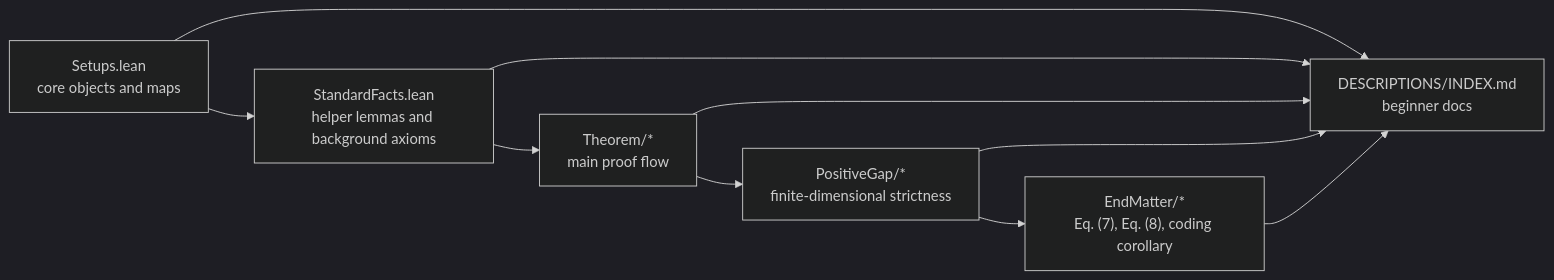
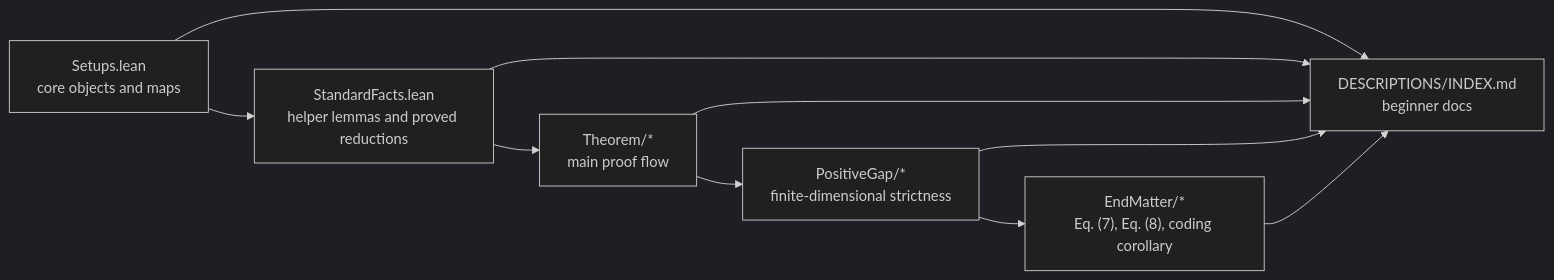
Before and after one commit to Aledo-Jun/diamond: the diagram in README.md, drawn with Mermaid (dark theme). The commit also changed other lines of this file and 112 other files, not shown here.

Commit message:
Update descriptions for proved StandardFacts

````diff
--- a/README.md
+++ b/README.md
@@ -31,22 +31,22 @@
 ```mermaid
 flowchart LR
     accTitle: Diamond repo structure
     accDescr: High-level map of the repository from setup definitions to the main theorem, the positive-gap section, and the end-matter consequences.
 
     setups["Setups.lean<br/>core objects and maps"]
-    facts["StandardFacts.lean<br/>helper lemmas and background axioms"]
+    facts["StandardFacts.lean<br/>helper lemmas and proved reductions"]
     theorem["Theorem/*<br/>main proof flow"]
     gap["PositiveGap/*<br/>finite-dimensional strictness"]
     endm["EndMatter/*<br/>Eq. (7), Eq. (8), coding corollary"]
     docs["DESCRIPTIONS/INDEX.md<br/>beginner docs"]
 
     setups --> facts
     facts --> theorem
     theorem --> gap
     gap --> endm
     setups --> docs
     facts --> docs
     theorem --> docs
     gap --> docs
     endm --> docs
 ```
````
